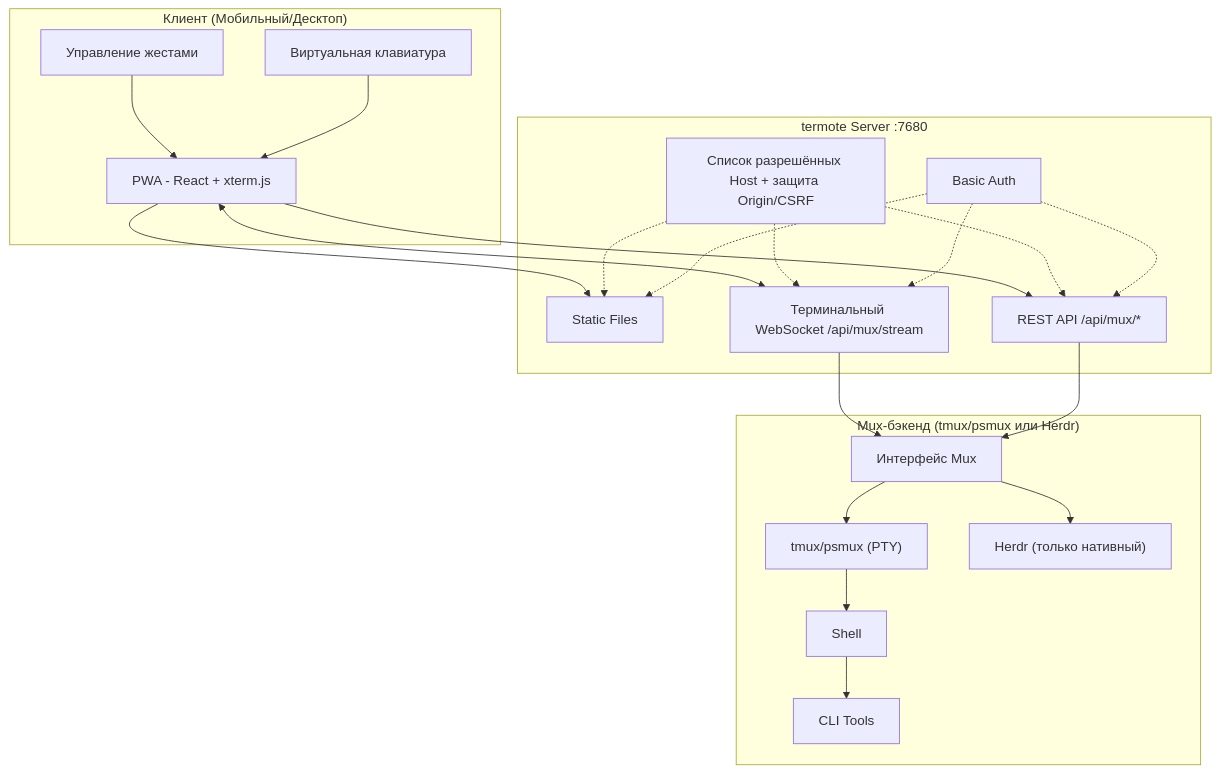
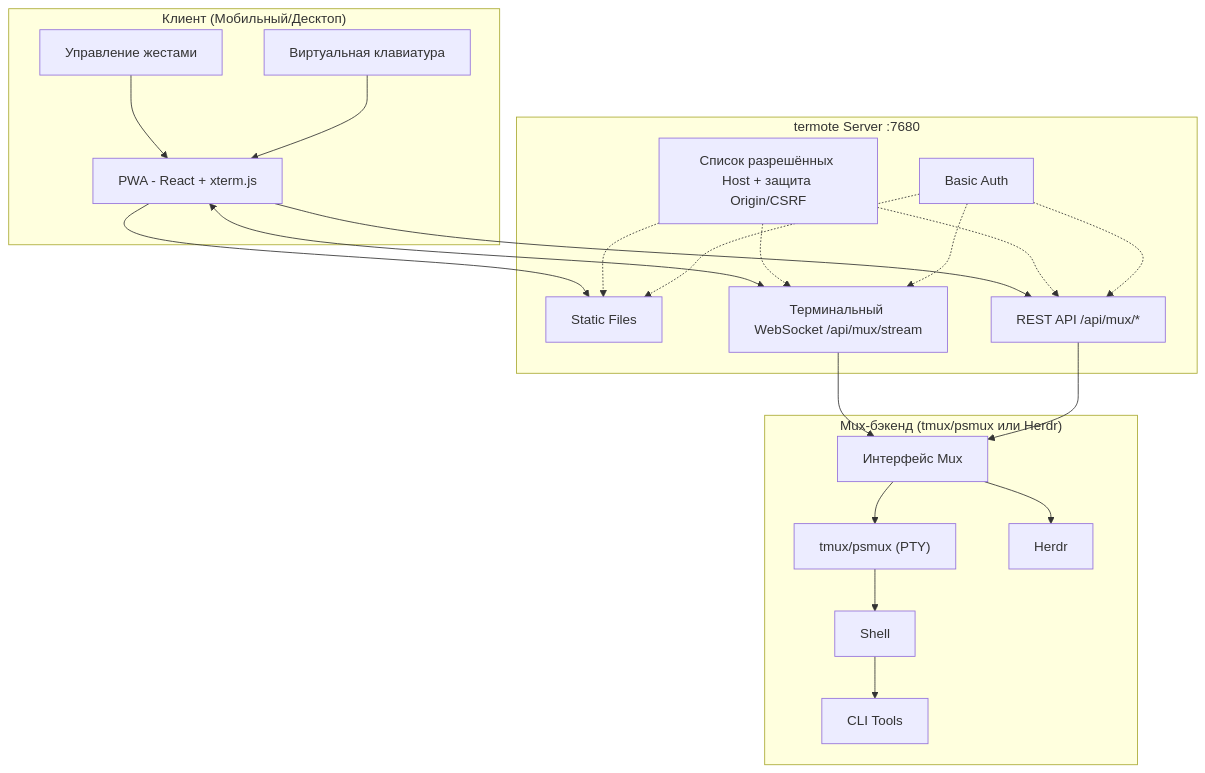
One commit to lamngockhuong/termote changed the first of 2 diagrams in README.ru.md. Above: the diagram before and after it, drawn with Mermaid. The commit also changed other lines of this file and 36 other files, not shown here.

````diff
--- a/README.ru.md
+++ b/README.ru.md
@@ -65,36 +65,36 @@
 ```mermaid
 flowchart TB
     subgraph Client["Клиент (Мобильный/Десктоп)"]
         PWA["PWA - React + xterm.js"]
         Gestures["Управление жестами"]
         Keyboard["Виртуальная клавиатура"]
     end
 
     subgraph Server["termote Server :7680"]
         Static["Static Files"]
         Stream["Терминальный WebSocket /api/mux/stream"]
         API["REST API /api/mux/*"]
         Guard["Список разрешённых Host + защита Origin/CSRF"]
         Auth["Basic Auth"]
     end
 
     subgraph Backend["Mux-бэкенд (tmux/psmux или Herdr)"]
         Mux["Интерфейс Mux"]
         tmux["tmux/psmux (PTY)"]
-        herdr["Herdr (только нативный)"]
+        herdr["Herdr"]
         Shell["Shell"]
         Tools["CLI Tools"]
     end
 
     Gestures --> PWA
     Keyboard --> PWA
     PWA --> Static
     PWA <--> Stream
     PWA --> API
     Guard -.-> Static & Stream & API
     Auth -.-> Static & Stream & API
     Stream --> Mux
     API --> Mux
     Mux --> tmux & herdr
     tmux --> Shell --> Tools
 ```
````
